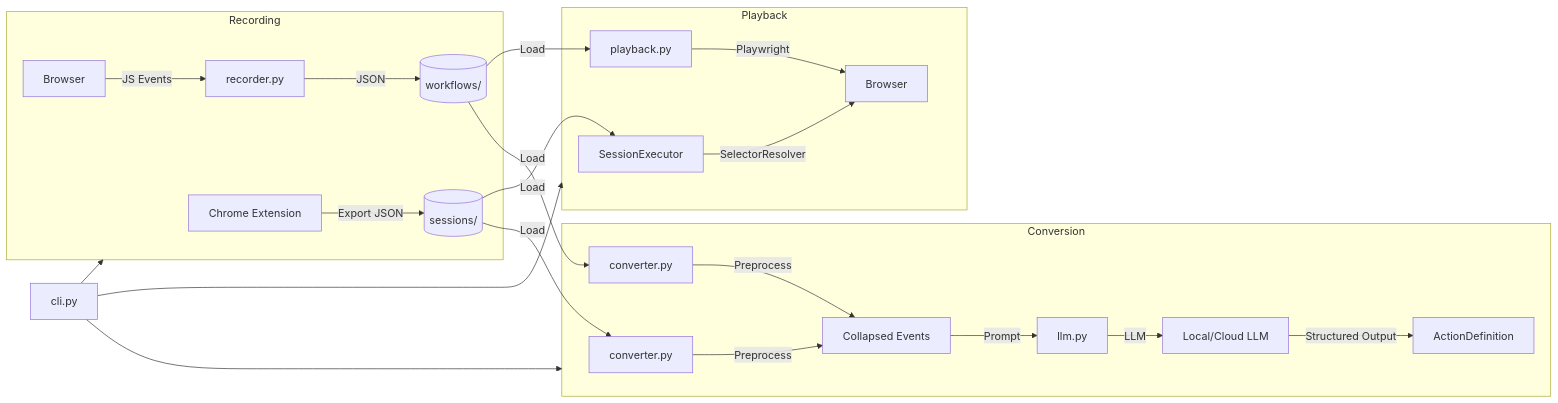
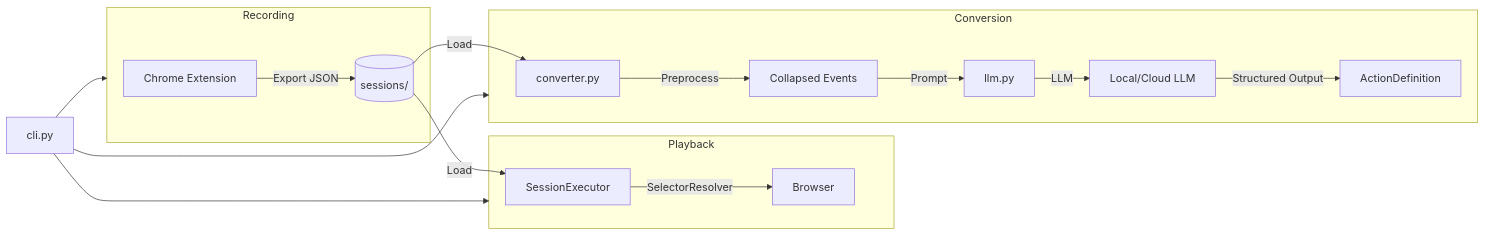
Before and after one commit to nat-bishop/browser-recorder: the diagram in ARCHITECTURE.md, drawn with Mermaid. The commit also changed other lines of this file and 12 other files, not shown here.

````diff
--- a/ARCHITECTURE.md
+++ b/ARCHITECTURE.md
@@ -7,29 +7,23 @@
 ```mermaid
 flowchart LR
     subgraph Recording
-        CE[Chrome Extension] -->|Export JSON| S1[(sessions/)]
-        B[Browser] -->|JS Events| R[recorder.py]
-        R -->|JSON| S2[(workflows/)]
+        CE[Chrome Extension] -->|Export JSON| S[(sessions/)]
     end
 
     subgraph Playback
-        S1 -->|Load| SE[SessionExecutor]
-        SE -->|SelectorResolver| B2[Browser]
-        S2 -->|Load| P[playback.py]
-        P -->|Playwright| B2
+        S -->|Load| SE[SessionExecutor]
+        SE -->|SelectorResolver| B[Browser]
     end
 
     subgraph Conversion
-        S1 -->|Load| C1[converter.py]
-        S2 -->|Load| C2[converter.py]
-        C1 -->|Preprocess| PP[Collapsed Events]
-        C2 -->|Preprocess| PP
+        S -->|Load| C[converter.py]
+        C -->|Preprocess| PP[Collapsed Events]
         PP -->|Prompt| L[llm.py]
         L -->|LLM| O[Local/Cloud LLM]
         O -->|Structured Output| AD[ActionDefinition]
     end
 
     CLI[cli.py] --> Recording
     CLI --> Playback
     CLI --> Conversion
 ```
````
